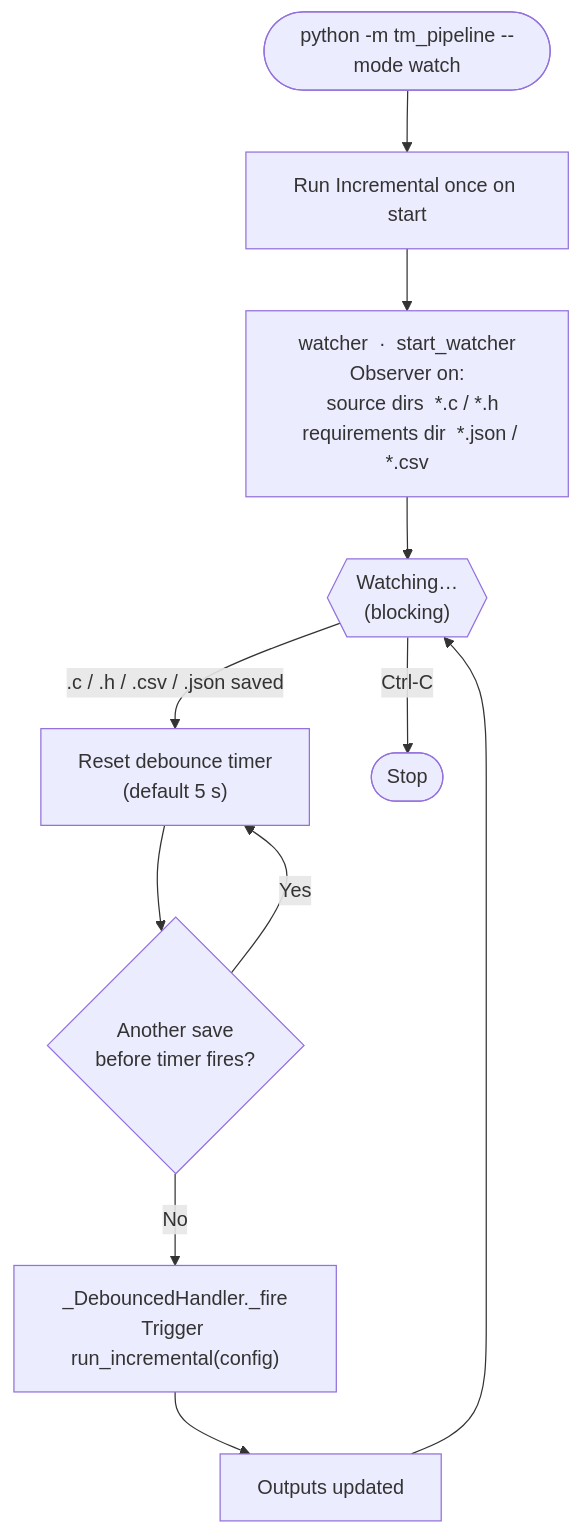
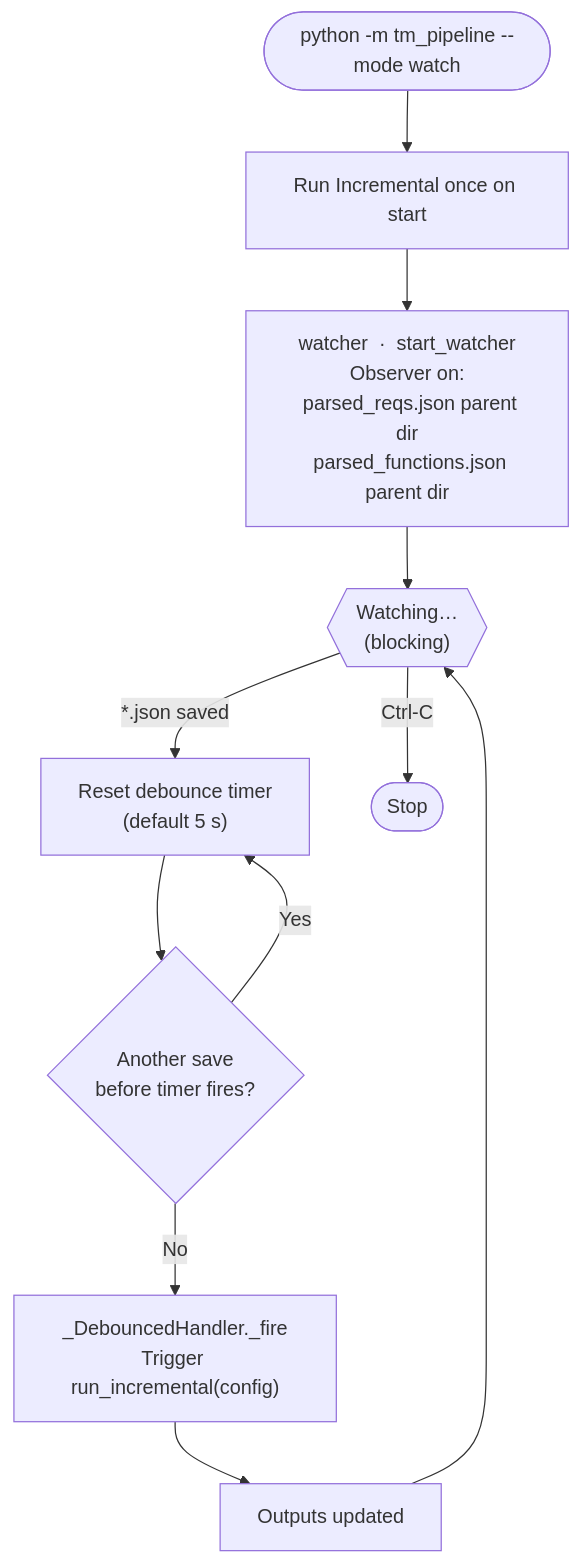
One commit to AHMED-MOH7/Our-Project changed the seventh of 11 diagrams in ARCHITECTURE.md. Above: the diagram before and after it, drawn with Mermaid. The commit also changed other lines of this file, not shown here.

````diff
--- a/ARCHITECTURE.md
+++ b/ARCHITECTURE.md
@@ -215,14 +217,14 @@
 ```mermaid
 flowchart TD
     A(["python -m tm_pipeline --mode watch"]) --> B["Run Incremental once on start"]
-    B --> C["watcher  ·  start_watcher\nObserver on:\n  source dirs  *.c / *.h\n  requirements dir  *.json / *.csv"]
+    B --> C["watcher  ·  start_watcher\nObserver on:\n  parsed_reqs.json parent dir\n  parsed_functions.json parent dir"]
 
     C --> D{{"Watching…\n(blocking)"}}
-    D -->|".c / .h / .csv / .json saved"| E["Reset debounce timer\n(default 5 s)"]
+    D -->|"*.json saved"| E["Reset debounce timer\n(default 5 s)"]
     E --> F{"Another save\nbefore timer fires?"}
     F -- Yes --> E
     F -- No  --> G["_DebouncedHandler._fire\nTrigger run_incremental(config)"]
     G --> H["Outputs updated"]
     H --> D
     D -->|"Ctrl-C"| I(["Stop"])
 ```
````
